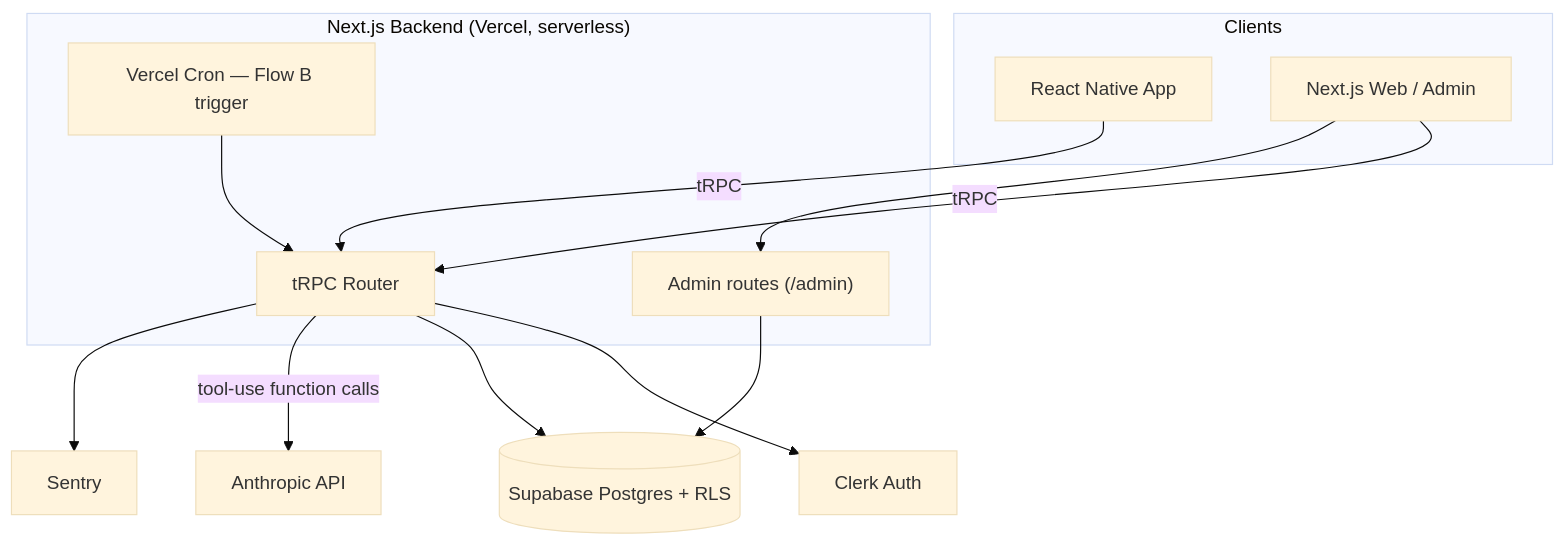
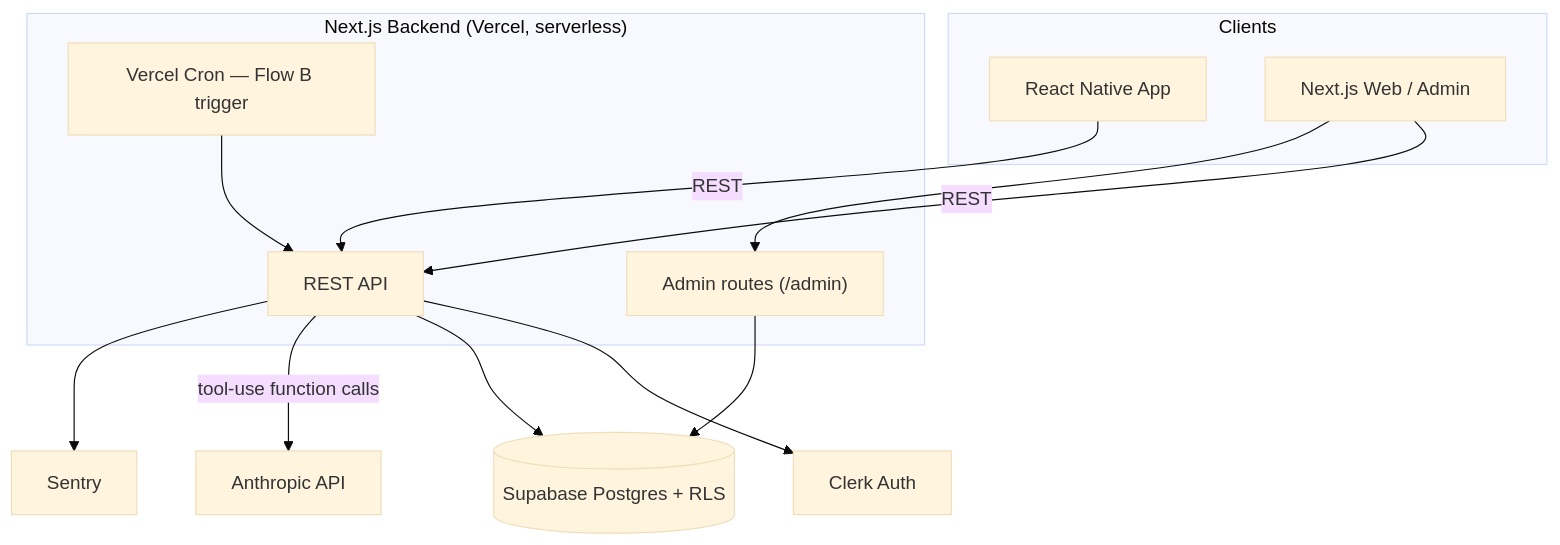
The first of 4 diagrams in Rebound.ai PRD.md (ShahidHKhan/Rebound.ai), drawn with Mermaid (base theme) before and after one commit. The commit also changed other lines of this file and 59 other files, not shown here.

````diff
--- a/Rebound.ai PRD.md
+++ b/Rebound.ai PRD.md
@@ -465,28 +465,28 @@
 ```mermaid
 graph TD
     subgraph Clients
         RN[React Native App]
         WEB[Next.js Web / Admin]
     end
 
     subgraph Backend["Next.js Backend (Vercel, serverless)"]
-        API[tRPC Router]
+        API[REST API]
         CRON["Vercel Cron — Flow B trigger"]
         ADMIN["Admin routes (/admin)"]
     end
 
     AUTH[Clerk Auth]
     DB[("Supabase Postgres + RLS")]
     LLM[Anthropic API]
     ERR[Sentry]
 
-    RN -->|tRPC| API
-    WEB -->|tRPC| API
+    RN -->|REST| API
+    WEB -->|REST| API
     WEB --> ADMIN
     API --> AUTH
     API --> DB
     API -->|tool-use function calls| LLM
     CRON --> API
     ADMIN --> DB
     API --> ERR
 ```
````
